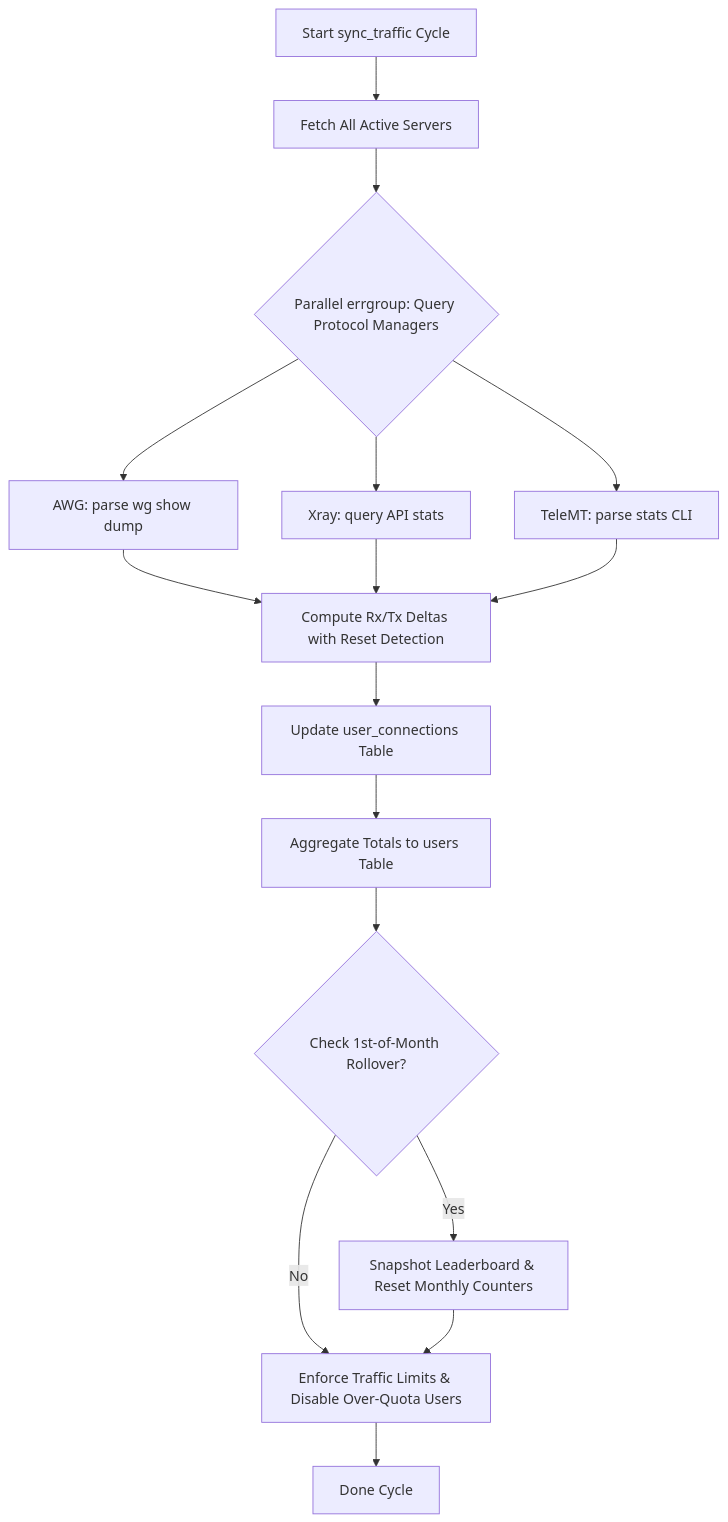
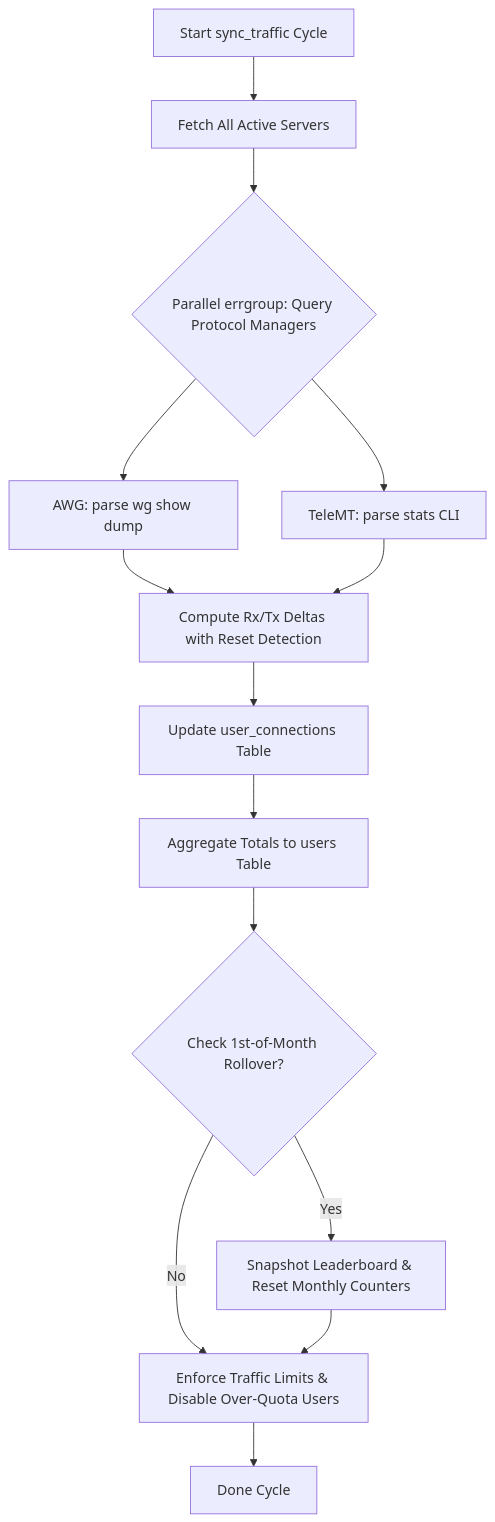
Before and after one commit to devops-igor/amnezia-web-ui: the diagram in docs/specs/06-background-jobs.md, drawn with Mermaid. The commit also changed 24 other files, not shown here.

````diff
--- a/docs/specs/06-background-jobs.md
+++ b/docs/specs/06-background-jobs.md
@@ -45,16 +45,15 @@
 ```mermaid
 graph TD
     A[Start sync_traffic Cycle] --> B[Fetch All Active Servers]
     B --> C{Parallel errgroup: Query Protocol Managers}
     C --> D[AWG: parse wg show dump]
-    C --> E[Xray: query API stats]
-    C --> F[TeleMT: parse stats CLI]
-    D & E & F --> G[Compute Rx/Tx Deltas with Reset Detection]
-    G --> H[Update user_connections Table]
-    H --> I[Aggregate Totals to users Table]
-    I --> J{Check 1st-of-Month Rollover?}
-    J -- Yes --> K[Snapshot Leaderboard & Reset Monthly Counters]
-    J -- No --> L[Enforce Traffic Limits & Disable Over-Quota Users]
-    K --> L
-    L --> M[Done Cycle]
+    C --> E[TeleMT: parse stats CLI]
+    D & E --> F[Compute Rx/Tx Deltas with Reset Detection]
+    F --> G[Update user_connections Table]
+    G --> H[Aggregate Totals to users Table]
+    H --> I{Check 1st-of-Month Rollover?}
+    I -- Yes --> J[Snapshot Leaderboard & Reset Monthly Counters]
+    I -- No --> K[Enforce Traffic Limits & Disable Over-Quota Users]
+    J --> K
+    K --> L[Done Cycle]
 ```
````
